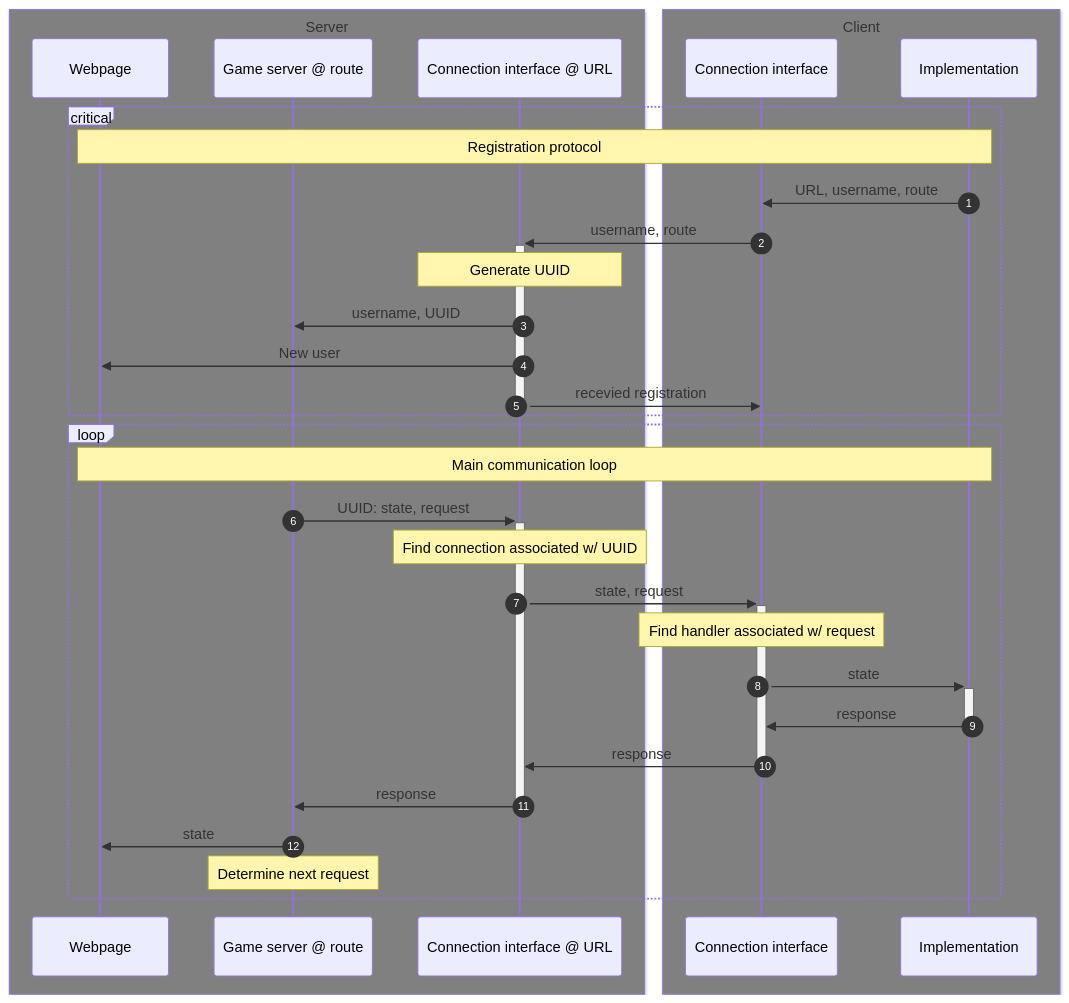
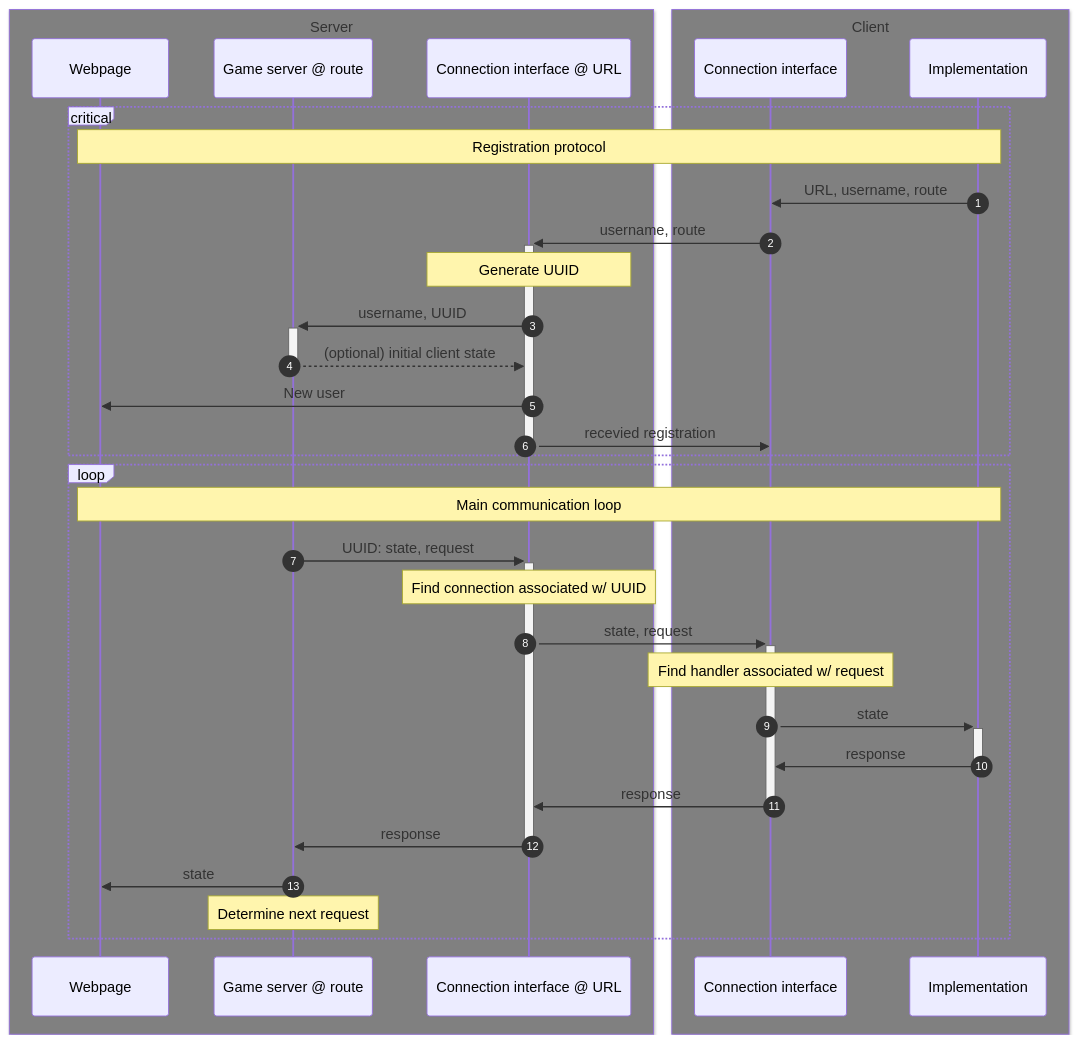
One commit to MeijeronFire/competition-backend changed the diagram in docs/specs.md. Above: the diagram before and after it, drawn with Mermaid. The commit also changed other lines of this file, not shown here.

````diff
--- a/docs/specs.md
+++ b/docs/specs.md
@@ -8,37 +8,38 @@
 ```mermaid
 sequenceDiagram
     autonumber
     box Gray Server
     participant page as Webpage
     participant SF as Game server @ route
     participant SB as Connection interface @ URL
     end
     box Gray Client
     participant CB as Connection interface
     participant CF as Implementation
     end
 
     critical
         Note over page, CF: Registration protocol
         CF->>CB: URL, username, route
         CB->>+SB: username, route
         Note over SB:Generate UUID
-        SB->>SF: username, UUID
+        SB->>+SF: username, UUID
+        SF-->>-SB: (optional) initial client state
         SB->>page: New user
         SB->>-CB: recevied registration
     end
 
     loop
         Note over page, CF: Main communication loop
         SF->>+SB: UUID: state, request
         Note over SB:Find connection associated w/ UUID
         SB->>+CB: state, request
         Note over CB: Find handler associated w/ request
         CB->>+CF: state
         CF->>-CB: response
         CB->>-SB: response
         SB->>-SF: response
         SF->>page: state
         Note over SF: Determine next request
     end
 ```
````
